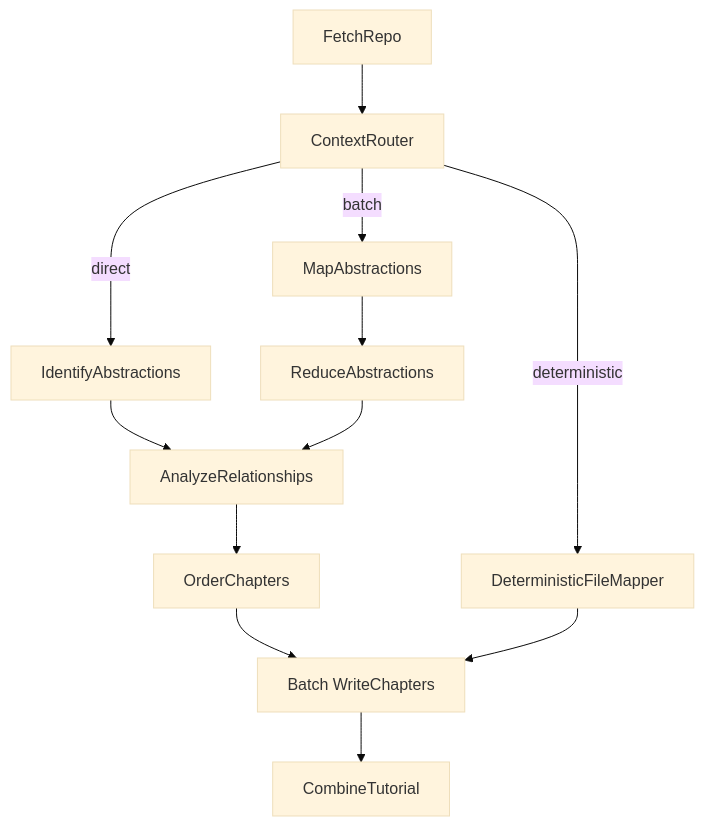
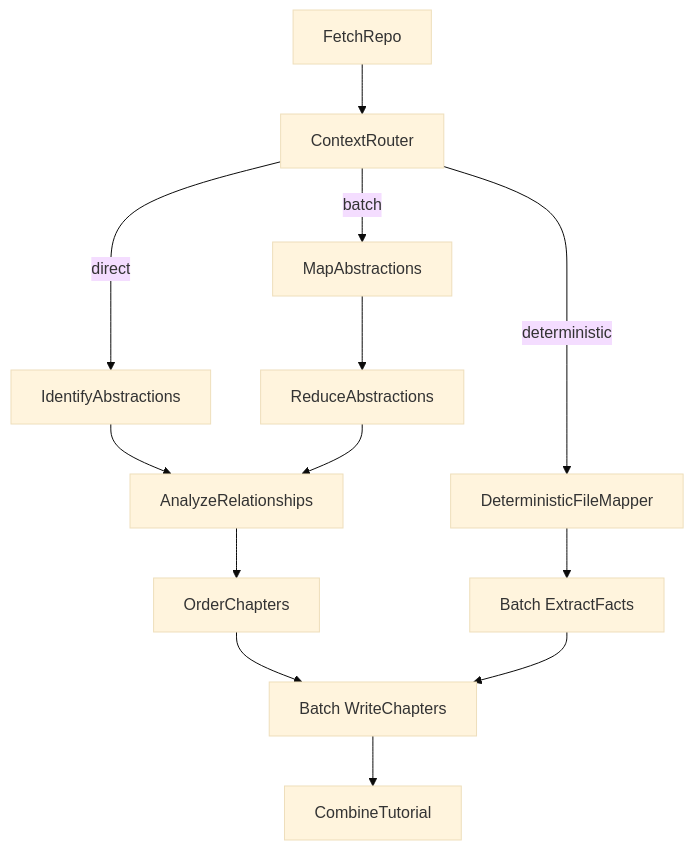
Before and after one commit to ardennguyen/Codebase-Knowledge-Builder: the diagram in docs/design.md, drawn with Mermaid (base theme). The commit also changed other lines of this file and 17 other files, not shown here.

````diff
--- a/docs/design.md
+++ b/docs/design.md
@@ -64,17 +65,18 @@
 ```mermaid
 flowchart TD
     A[FetchRepo] --> Router[ContextRouter]
     
     Router -->|direct| B[IdentifyAbstractions]
     Router -->|batch| M1[MapAbstractions]
     Router -->|deterministic| DFM[DeterministicFileMapper]
     M1 --> M2[ReduceAbstractions]
     
     B --> C[AnalyzeRelationships]
     M2 --> C
     
     C --> D[OrderChapters]
     D --> E[Batch WriteChapters]
-    DFM --> E
+    DFM --> XF[Batch ExtractFacts]
+    XF --> E
     E --> F[CombineTutorial]
 ```
````
